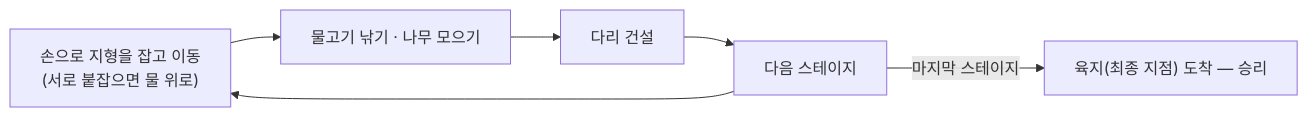
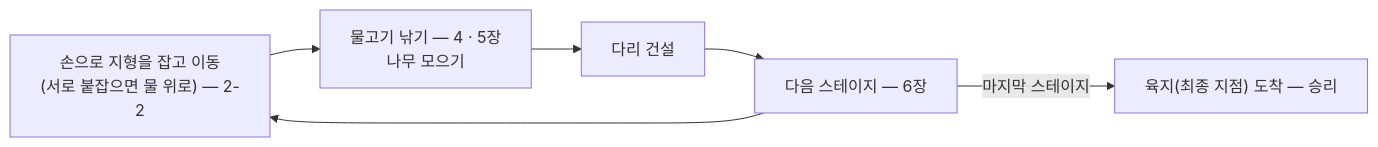
The first of 6 diagrams in src/2-teamproject-hs/기술문서.md (pinkshield/portfolio), drawn with Mermaid before and after one commit. The commit also changed other lines of this file and 2 other files, not shown here.

````diff
--- a/src/2-teamproject-hs/기술문서.md
+++ b/src/2-teamproject-hs/기술문서.md
@@ -65,8 +95,8 @@
 ```mermaid
 flowchart LR
-    A["손으로 지형을 잡고 이동<br/>(서로 붙잡으면 물 위로)"] --> B["물고기 낚기 · 나무 모으기"]
+    A["손으로 지형을 잡고 이동<br/>(서로 붙잡으면 물 위로) — 2-2"] --> B["물고기 낚기 — 4 · 5장<br/>나무 모으기"]
     B --> C["다리 건설"]
-    C --> D["다음 스테이지"]
+    C --> D["다음 스테이지 — 6장"]
     D --> A
     D -->|"마지막 스테이지"| E["육지(최종 지점) 도착 — 승리"]
 ```
````
